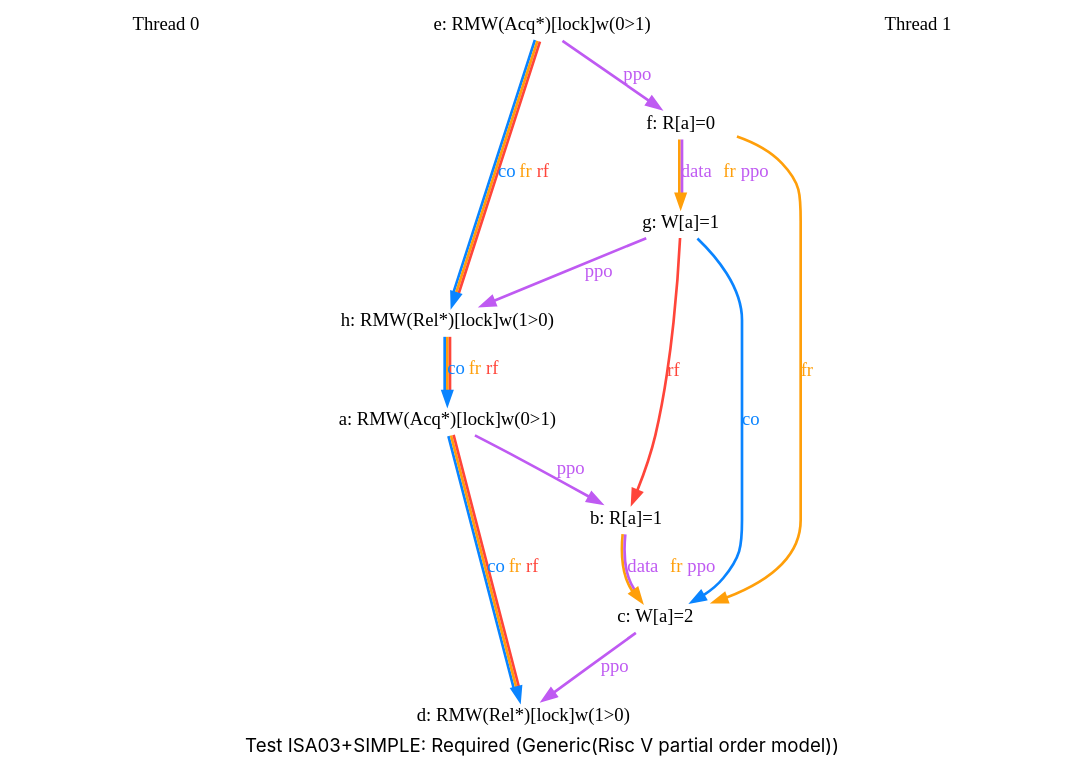
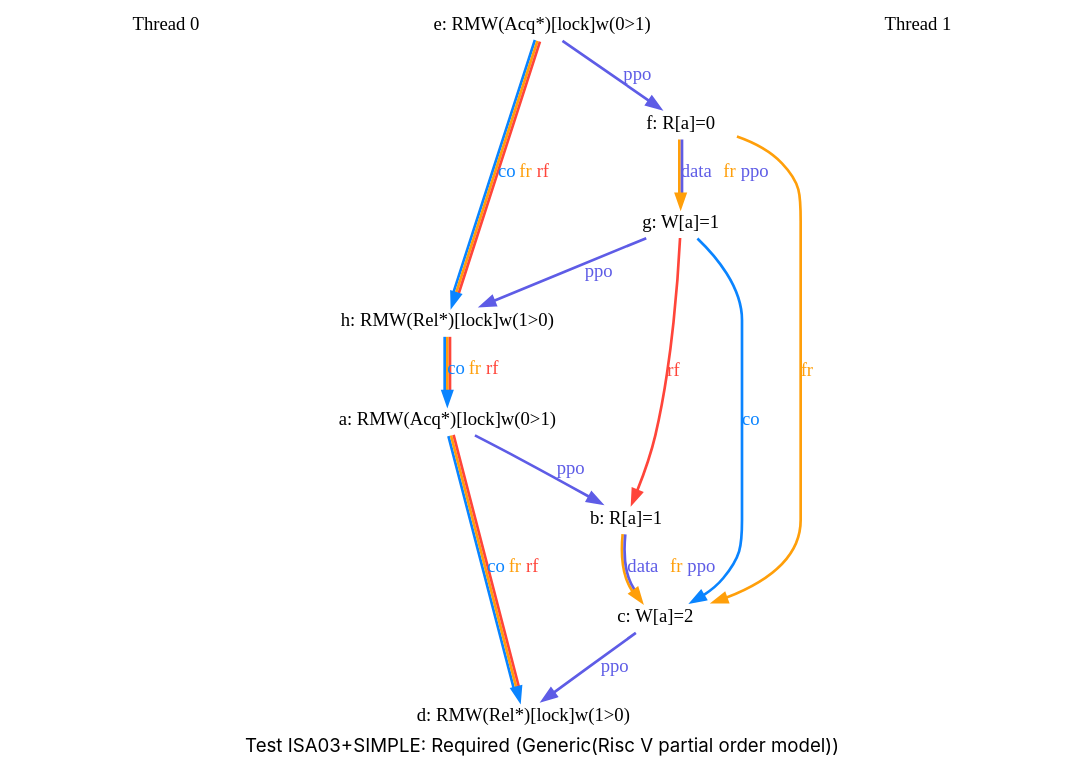
Before and after one commit to jiangshengdev/rcore: the diagram in docs/memory-order/_assets/images/dark/ISA03+SIMPLE/graph_02.dot, drawn with Graphviz. The commit also changed 104 other files, not shown here.

```diff
--- a/docs/memory-order/_assets/images/dark/ISA03+SIMPLE/graph_02.dot
+++ b/docs/memory-order/_assets/images/dark/ISA03+SIMPLE/graph_02.dot
@@ -1,46 +1,46 @@
 digraph G {
 
 splines=spline;
 pad="0.000000";
 fontname="SF Pro Display";
 
 /* legend */
 fontsize=14;
 label="Test ISA03+SIMPLE: Required (Generic(Risc V partial order model))";
 
 
 /* the unlocked events */
 proc0_label_node [shape=none, fontsize=14, label="Thread 0", pos="1.000000,4.050000!", fixedsize=true, width=3.250000, height=0.281250]
 eiid0 [label="a: RMW(Acq*)[lock]w(0>1)", shape="none", fontsize=14, pos="1.000000,3.375000!", fixedsize="false", height="0.194444", width="4.083333"];
 eiid1 [label="b: R[a]=1", shape="none", fontsize=14, pos="1.000000,2.250000!", fixedsize="false", height="0.194444", width="1.166667"];
 eiid2 [label="c: W[a]=2", shape="none", fontsize=14, pos="1.000000,1.125000!", fixedsize="false", height="0.194444", width="1.166667"];
 eiid3 [label="d: RMW(Rel*)[lock]w(1>0)", shape="none", fontsize=14, pos="1.000000,0.000000!", fixedsize="false", height="0.194444", width="4.083333"];
 proc1_label_node [shape=none, fontsize=14, label="Thread 1", pos="6.000000,4.050000!", fixedsize=true, width=3.250000, height=0.281250]
 eiid4 [label="e: RMW(Acq*)[lock]w(0>1)", shape="none", fontsize=14, pos="6.000000,3.375000!", fixedsize="false", height="0.194444", width="4.083333"];
 eiid5 [label="f: R[a]=0", shape="none", fontsize=14, pos="6.000000,2.250000!", fixedsize="false", height="0.194444", width="1.166667"];
 eiid6 [label="g: W[a]=1", shape="none", fontsize=14, pos="6.000000,1.125000!", fixedsize="false", height="0.194444", width="1.166667"];
 eiid7 [label="h: RMW(Rel*)[lock]w(1>0)", shape="none", fontsize=14, pos="6.000000,0.000000!", fixedsize="false", height="0.194444", width="4.083333"];
 
 /* the intra_causality_data edges */
 
 
 /* the intra_causality_control edges */
 
 /* the poi edges */
 /* the rfmap edges */
 
 
 /* The viewed-before edges */
-eiid0 -> eiid1 [label=<<font color="#BF5AF2">ppo</font>>, color="#BF5AF2", fontsize=14, penwidth="2.000000", arrowsize="1.000000"];
+eiid0 -> eiid1 [label=<<font color="#5E5CE6">ppo</font>>, color="#5E5CE6", fontsize=14, penwidth="2.000000", arrowsize="1.000000"];
 eiid0 -> eiid3 [label=<<font color="#0A84FF">co</font><font color="#FF9F0A">fr</font><font color="#FF453A">rf</font>>, color="#0A84FF:#FF9F0A:#FF453A", fontsize=14, penwidth="2.000000", arrowsize="1.000000"];
-eiid1 -> eiid2 [label=<<font color="#BF5AF2">data</font><font color="#FF9F0A">fr</font><font color="#BF5AF2">ppo</font>>, color="#FF9F0A:#BF5AF2", fontsize=14, penwidth="2.000000", arrowsize="1.000000"];
-eiid2 -> eiid3 [label=<<font color="#BF5AF2">ppo</font>>, color="#BF5AF2", fontsize=14, penwidth="2.000000", arrowsize="1.000000"];
-eiid4 -> eiid5 [label=<<font color="#BF5AF2">ppo</font>>, color="#BF5AF2", fontsize=14, penwidth="2.000000", arrowsize="1.000000"];
+eiid1 -> eiid2 [label=<<font color="#5E5CE6">data</font><font color="#FF9F0A">fr</font><font color="#5E5CE6">ppo</font>>, color="#FF9F0A:#5E5CE6", fontsize=14, penwidth="2.000000", arrowsize="1.000000"];
+eiid2 -> eiid3 [label=<<font color="#5E5CE6">ppo</font>>, color="#5E5CE6", fontsize=14, penwidth="2.000000", arrowsize="1.000000"];
+eiid4 -> eiid5 [label=<<font color="#5E5CE6">ppo</font>>, color="#5E5CE6", fontsize=14, penwidth="2.000000", arrowsize="1.000000"];
 eiid4 -> eiid7 [label=<<font color="#0A84FF">co</font><font color="#FF9F0A">fr</font><font color="#FF453A">rf</font>>, color="#0A84FF:#FF9F0A:#FF453A", fontsize=14, penwidth="2.000000", arrowsize="1.000000"];
 eiid5 -> eiid2 [label=<<font color="#FF9F0A">fr</font>>, color="#FF9F0A", fontsize=14, penwidth="2.000000", arrowsize="1.000000"];
-eiid5 -> eiid6 [label=<<font color="#BF5AF2">data</font><font color="#FF9F0A">fr</font><font color="#BF5AF2">ppo</font>>, color="#FF9F0A:#BF5AF2", fontsize=14, penwidth="2.000000", arrowsize="1.000000"];
+eiid5 -> eiid6 [label=<<font color="#5E5CE6">data</font><font color="#FF9F0A">fr</font><font color="#5E5CE6">ppo</font>>, color="#FF9F0A:#5E5CE6", fontsize=14, penwidth="2.000000", arrowsize="1.000000"];
 eiid6 -> eiid1 [label=<<font color="#FF453A">rf</font>>, color="#FF453A", fontsize=14, penwidth="2.000000", arrowsize="1.000000"];
 eiid6 -> eiid2 [label=<<font color="#0A84FF">co</font>>, color="#0A84FF", fontsize=14, penwidth="2.000000", arrowsize="1.000000"];
-eiid6 -> eiid7 [label=<<font color="#BF5AF2">ppo</font>>, color="#BF5AF2", fontsize=14, penwidth="2.000000", arrowsize="1.000000"];
+eiid6 -> eiid7 [label=<<font color="#5E5CE6">ppo</font>>, color="#5E5CE6", fontsize=14, penwidth="2.000000", arrowsize="1.000000"];
 eiid7 -> eiid0 [label=<<font color="#0A84FF">co</font><font color="#FF9F0A">fr</font><font color="#FF453A">rf</font>>, color="#0A84FF:#FF9F0A:#FF453A", fontsize=14, penwidth="2.000000", arrowsize="1.000000"];
 }
```
